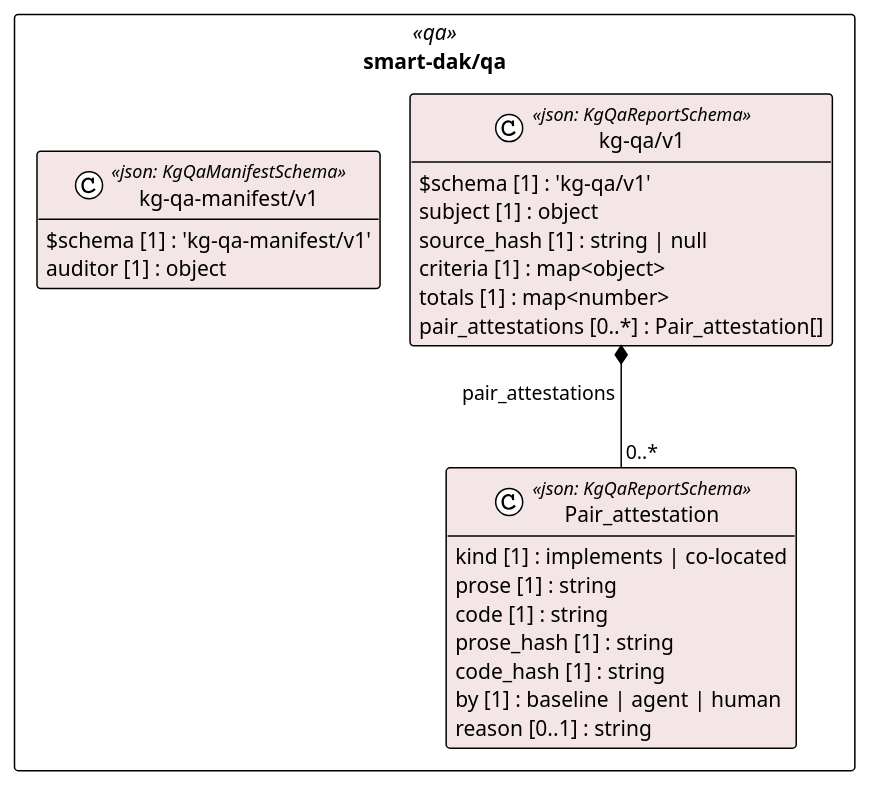
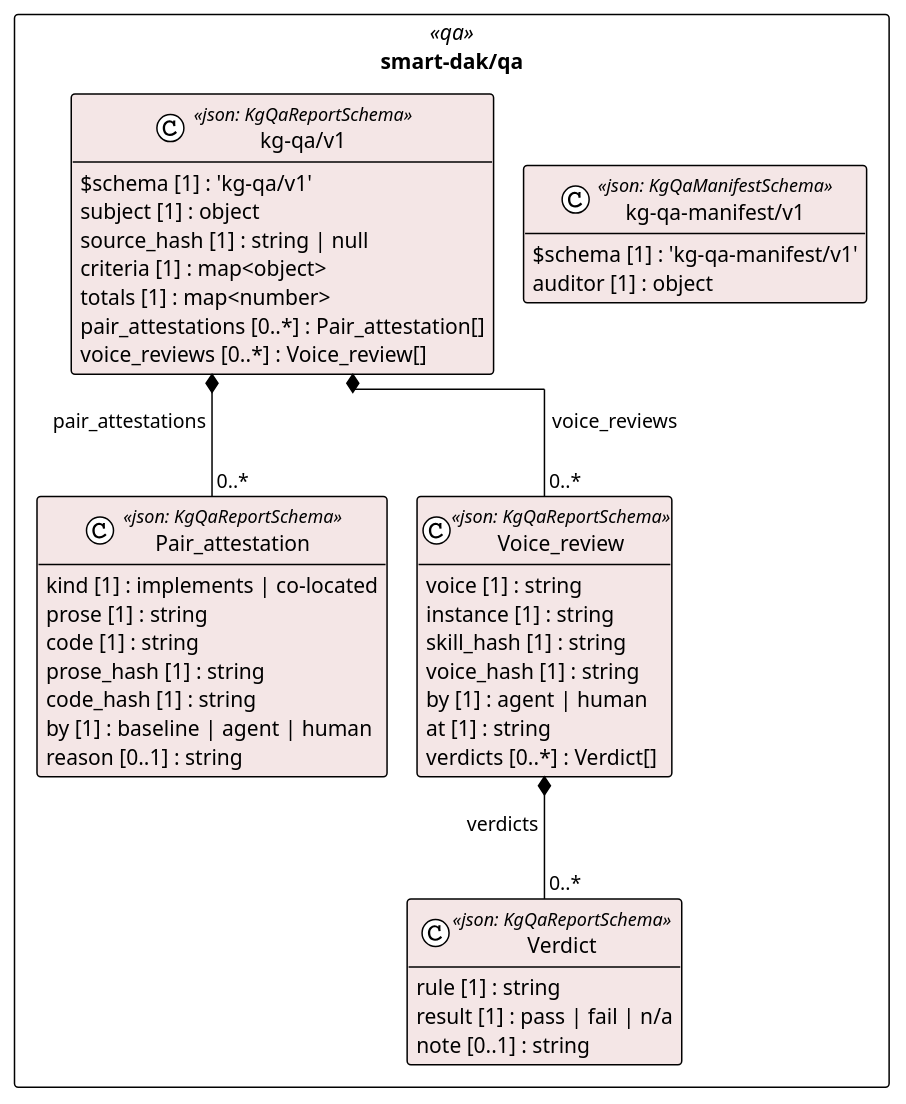
One commit to litlfred/folio-assistant changed the diagram in cat-harness/uml/overview/smart-dak/qa.puml. Above: the diagram before and after it, drawn with PlantUML. The commit also changed 573 other files, not shown here.

First line of the commit message:
rkqp: agentic review axis for skills against the skill voices

```diff
--- a/cat-harness/uml/overview/smart-dak/qa.puml
+++ b/cat-harness/uml/overview/smart-dak/qa.puml
@@ -3,34 +3,51 @@
 @startuml smart_dak_qa
 !pragma layout elk
 !theme plain
 skinparam classAttributeIconSize 0
 skinparam shadowing false
 skinparam packageStyle rectangle
 hide empty methods
 
 package "smart-dak/qa" as pkg_smart_dak_qa <<qa>> {
   class "Pair_attestation" as smart_dak_qa_kg_qa_v1_Pair_attestation <<json: KgQaReportSchema>> #f4e6e6 {
     kind [1] : implements | co-located
     prose [1] : string
     code [1] : string
     prose_hash [1] : string
     code_hash [1] : string
     by [1] : baseline | agent | human
     reason [0..1] : string
   }
+  class "Verdict" as smart_dak_qa_kg_qa_v1_Verdict <<json: KgQaReportSchema>> #f4e6e6 {
+    rule [1] : string
+    result [1] : pass | fail | n/a
+    note [0..1] : string
+  }
+  class "Voice_review" as smart_dak_qa_kg_qa_v1_Voice_review <<json: KgQaReportSchema>> #f4e6e6 {
+    voice [1] : string
+    instance [1] : string
+    skill_hash [1] : string
+    voice_hash [1] : string
+    by [1] : agent | human
+    at [1] : string
+    verdicts [0..*] : Verdict[]
+  }
   class "kg-qa/v1" as smart_dak_qa_kg_qa_v1_kg_qa_v1 <<json: KgQaReportSchema>> #f4e6e6 {
     $schema [1] : 'kg-qa/v1'
     subject [1] : object
     source_hash [1] : string | null
     criteria [1] : map<object>
     totals [1] : map<number>
     pair_attestations [0..*] : Pair_attestation[]
+    voice_reviews [0..*] : Voice_review[]
   }
   class "kg-qa-manifest/v1" as smart_dak_qa_kg_qa_manifest_v1_kg_qa_manifest_v1 <<json: KgQaManifestSchema>> #f4e6e6 {
     $schema [1] : 'kg-qa-manifest/v1'
     auditor [1] : object
   }
 }
 
 smart_dak_qa_kg_qa_v1_kg_qa_v1 *-- "0..*" smart_dak_qa_kg_qa_v1_Pair_attestation : pair_attestations
+smart_dak_qa_kg_qa_v1_Voice_review *-- "0..*" smart_dak_qa_kg_qa_v1_Verdict : verdicts
+smart_dak_qa_kg_qa_v1_kg_qa_v1 *-- "0..*" smart_dak_qa_kg_qa_v1_Voice_review : voice_reviews
 @enduml
```
